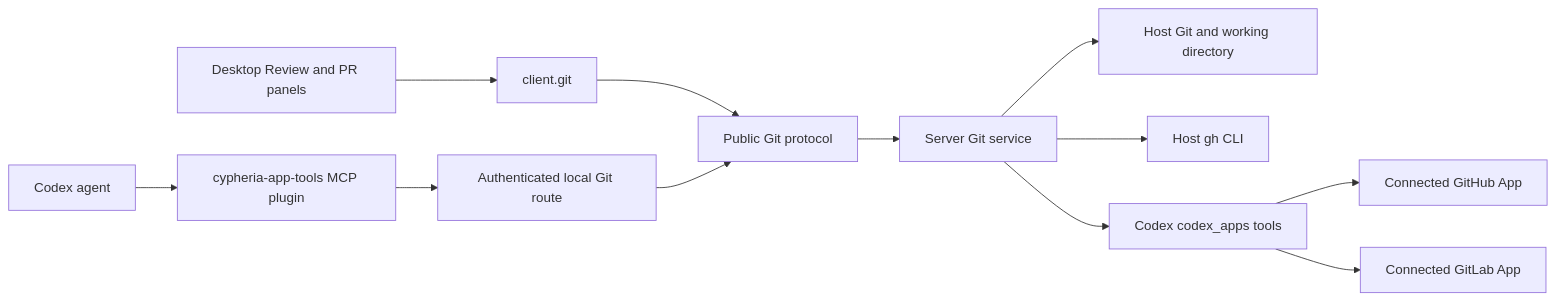
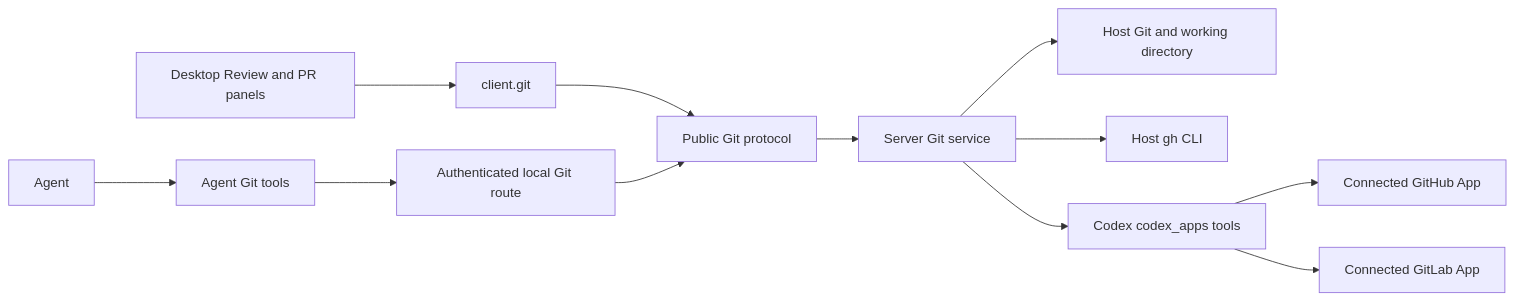
The diagram in docs/git.md (cypheriaweb3/cypheria), drawn with Mermaid before and after one commit. The commit also changed other lines of this file and 36 other files, not shown here.

````diff
--- a/docs/git.md
+++ b/docs/git.md
@@ -11,14 +11,14 @@
 ```mermaid
 flowchart LR
   Desktop[Desktop Review and PR panels] --> Client[client.git]
-  Agent[Codex agent] --> Plugin[cypheria-app-tools MCP plugin]
-  Plugin --> Route[Authenticated local Git route]
+  Agent[Agent] --> Tools[Agent Git tools]
+  Tools --> Route[Authenticated local Git route]
   Client --> Protocol[Public Git protocol]
   Route --> Protocol
   Protocol --> Server[Server Git service]
   Server --> Git[Host Git and working directory]
   Server --> Gh[Host gh CLI]
   Server --> Apps[Codex codex_apps tools]
   Apps --> GitHub[Connected GitHub App]
   Apps --> GitLab[Connected GitLab App]
 ```
````
